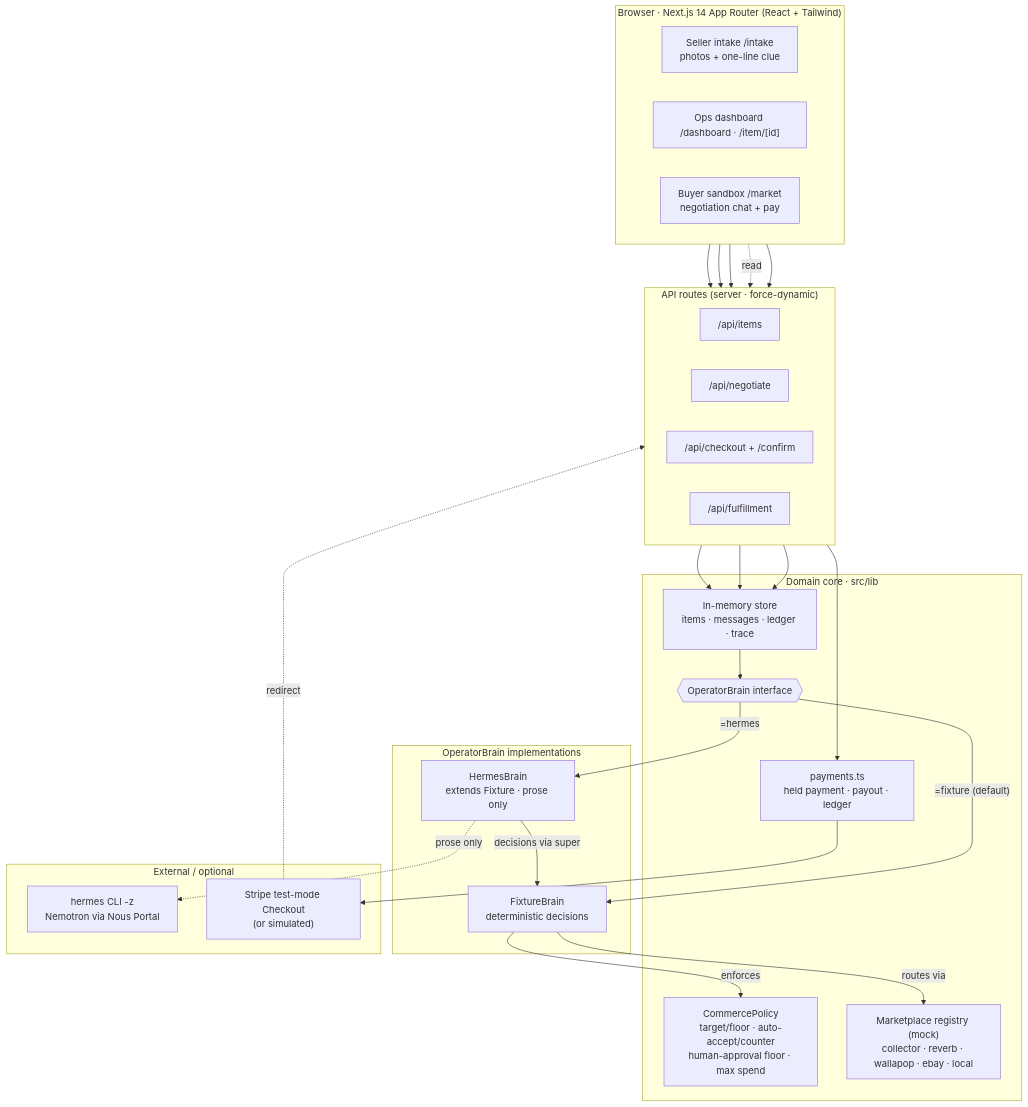
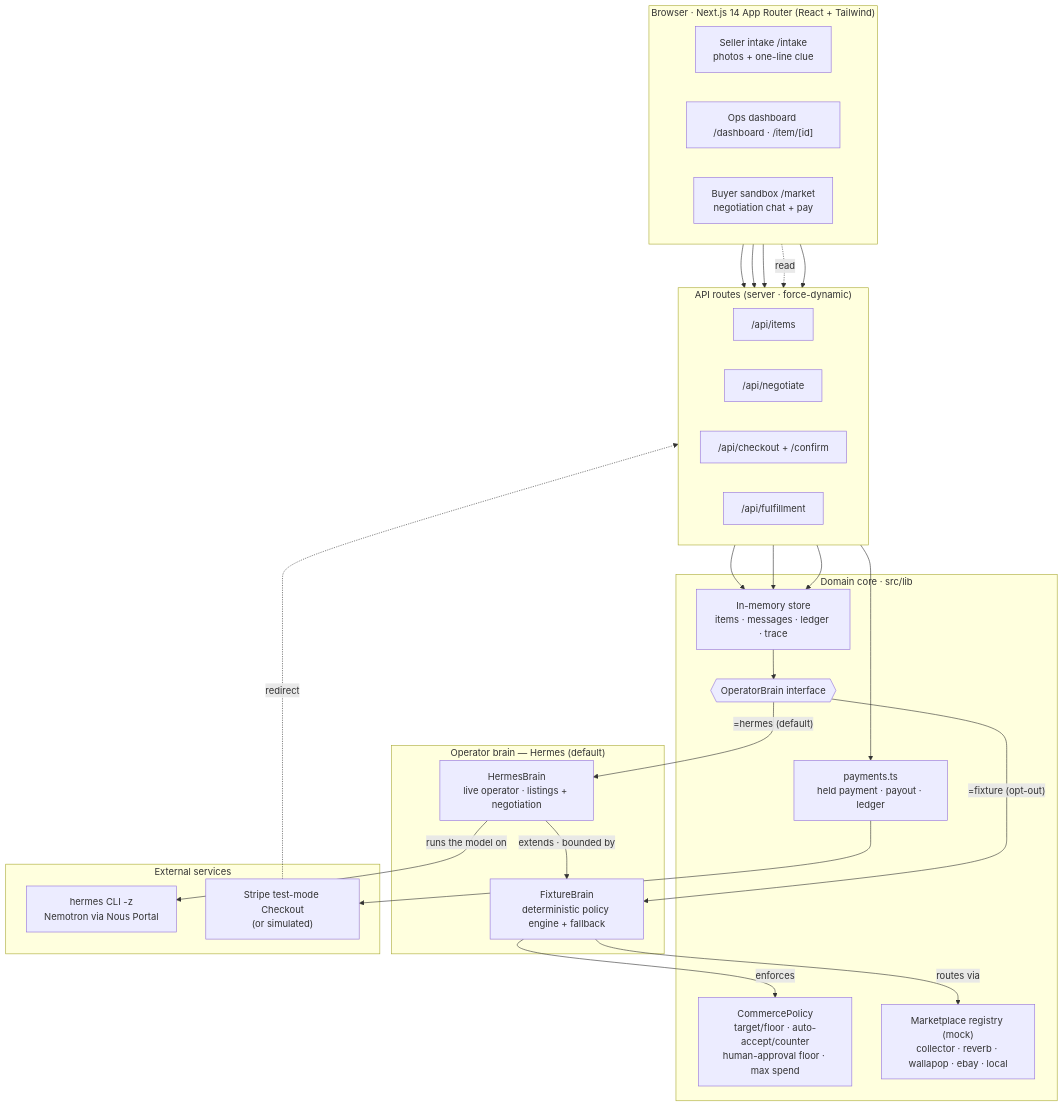
Before and after one commit to DavidDiazMerino/cashfromchaos: the first of 2 diagrams in README.md, drawn with Mermaid. The commit also changed other lines of this file and 2 other files, not shown here.

First line of the commit message:
refactor: make Hermes the default operator, not an opt-in

````diff
--- a/README.md
+++ b/README.md
@@ -94,49 +96,49 @@
 ```mermaid
 flowchart TB
   subgraph CL["Browser · Next.js 14 App Router (React + Tailwind)"]
     direction LR
     SI["Seller intake /intake<br/>photos + one-line clue"]
     OD["Ops dashboard /dashboard · /item/[id]"]
     BS["Buyer sandbox /market<br/>negotiation chat + pay"]
   end
   subgraph API["API routes (server · force-dynamic)"]
     direction LR
     A1["/api/items"]
     A2["/api/negotiate"]
     A3["/api/checkout + /confirm"]
     A4["/api/fulfillment"]
   end
   subgraph CORE["Domain core · src/lib"]
     ST["In-memory store<br/>items · messages · ledger · trace"]
     OB{{"OperatorBrain interface"}}
     POL["CommercePolicy<br/>target/floor · auto-accept/counter<br/>human-approval floor · max spend"]
     REG["Marketplace registry (mock)<br/>collector · reverb · wallapop · ebay · local"]
     PAY["payments.ts<br/>held payment · payout · ledger"]
   end
-  subgraph BR["OperatorBrain implementations"]
-    FX["FixtureBrain<br/>deterministic decisions"]
-    HB["HermesBrain<br/>extends Fixture · prose only"]
+  subgraph BR["Operator brain — Hermes (default)"]
+    HB["HermesBrain<br/>live operator · listings + negotiation"]
+    FX["FixtureBrain<br/>deterministic policy engine + fallback"]
   end
-  subgraph EXT["External / optional"]
+  subgraph EXT["External services"]
     HC["hermes CLI -z<br/>Nemotron via Nous Portal"]
     ST2["Stripe test-mode Checkout<br/>(or simulated)"]
   end
   SI --> A1
   BS --> A2
   BS --> A3
   OD -. read .-> A1
   OD --> A4
   A1 --> ST
   A2 --> ST
   A3 --> PAY
   A4 --> ST
   ST --> OB
-  OB -->|"=fixture (default)"| FX
-  OB -->|"=hermes"| HB
-  HB -->|"decisions via super"| FX
-  HB -. prose only .-> HC
+  OB -->|"=hermes (default)"| HB
+  OB -->|"=fixture (opt-out)"| FX
+  HB -->|"runs the model on"| HC
+  HB -->|"extends · bounded by"| FX
   FX -->|"enforces"| POL
   FX -->|"routes via"| REG
   PAY --> ST2
   ST2 -. redirect .-> A3
 ```
````
